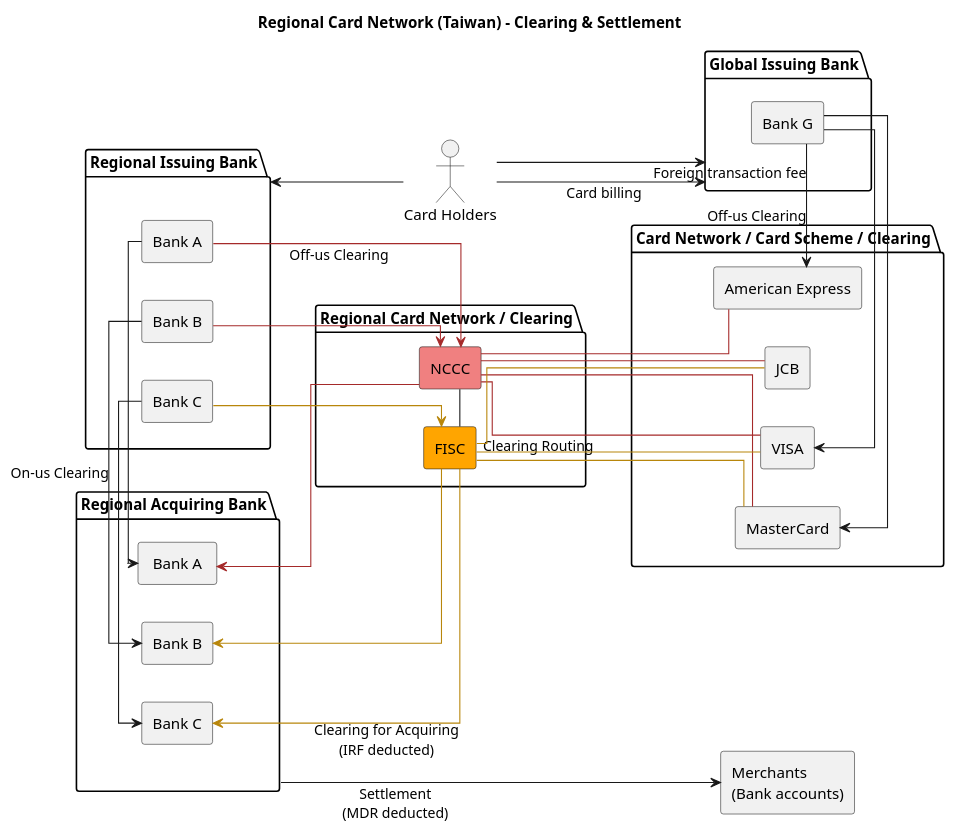
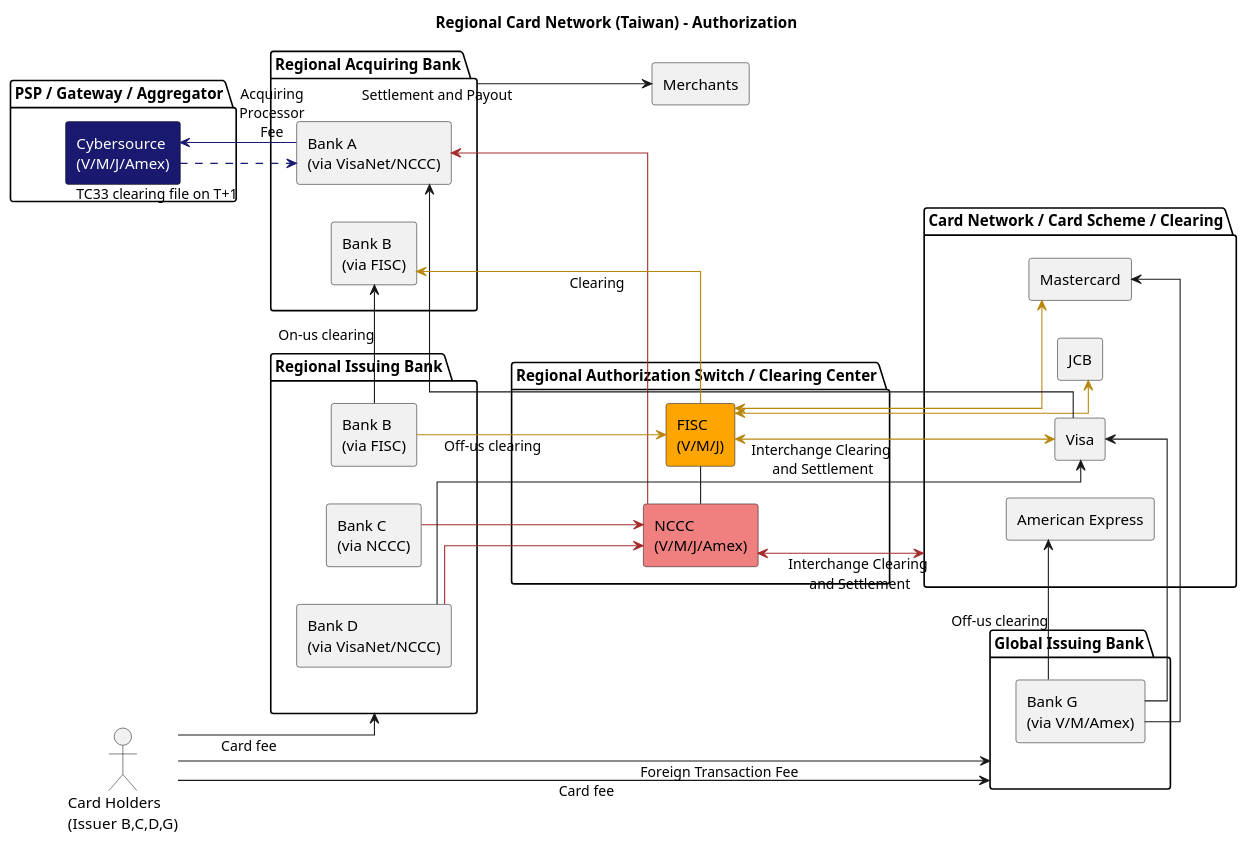
Before and after one commit to yidas/web-service-architectures: the diagram in payment/local-card-services-clearing.plantuml, drawn with PlantUML.

```diff
--- a/payment/local-card-services-clearing.plantuml
+++ b/payment/local-card-services-clearing.plantuml
@@ -1,63 +1,69 @@
 @startuml
 skinparam linetype polyline
 skinparam linetype ortho
 left to right direction
 
-title "Regional Card Network (Taiwan) - Clearing & Settlement"
+title "Regional Card Network (Taiwan) - Authorization"
 
-actor "Card Holders" as user
-agent "Merchants \n(Bank accounts)" as merchant
+actor "Card Holders \n(Issuer B,C,D,G)" as user
+agent "Merchants" as merchant
 package "Card Network / Card Scheme / Clearing" as ccnet {
-  agent "VISA" as visa
-  agent "MasterCard" as mc
+  agent "Visa" as visa
+  agent "Mastercard" as mc
   agent "JCB" as jcb
   agent "American Express" as axp
 }
-package "Regional Card Network / Clearing" as ccnet_local {
-  agent "NCCC" as nccc #lightcoral
-  agent "FISC" as fisc #orange
+package "Regional Authorization Switch / Clearing Center" as ccnet_local {
+  agent "NCCC \n(V/M/J/Amex)" as nccc #lightcoral
+  agent "FISC \n(V/M/J)" as fisc #orange
 }
 package "Global Issuing Bank" as issuer_global {
-  agent "Bank G" as issuer_global_a
+  agent "Bank G \n(via V/M/Amex)" as issuer_global_a
 }
 package "Regional Issuing Bank" as issuer_local {
-  agent "Bank A" as issuer_a
-  agent "Bank C" as issuer_b
-  agent "Bank B" as issuer_c
+  agent "Bank B \n(via FISC)" as issuer_b
+  agent "Bank C \n(via NCCC)" as issuer_c
+  agent "Bank D \n(via VisaNet/NCCC)" as issuer_d
 }
 package "Regional Acquiring Bank" as acquirer_local {
-  agent " Bank A " as acquirer_a
-  agent "Bank C" as acquirer_b
-  agent "Bank B" as acquirer_c
+  agent "Bank A \n(via VisaNet/NCCC)" as acquirer_a
+  agent "Bank B \n(via FISC)" as acquirer_b
+}
+package "PSP / Gateway / Aggregator" as aggregator_group {
+  agent "<color:white>Cybersource \n<color:white>(V/M/J/Amex)" as aggregator_cybs #midnightBlue
+  ' agent "<color:white>Checkout.com" as aggregator_cko #blue
 }
 
+
+merchant <-up- acquirer_local: Settlement and Payout
+
 nccc - fisc
-nccc --[#brown] visa: Clearing Routing
-nccc --[#brown] mc
-nccc --[#brown] jcb
-nccc --[#brown] axp
-fisc --[#darkGoldenRod] visa
-fisc --[#darkGoldenRod] mc
-fisc -[#darkGoldenRod] jcb
 
-issuer_a --[#brown]> nccc: Off-us Clearing
-acquirer_a <--[#brown] nccc
-issuer_b --[#darkGoldenRod]> fisc
-acquirer_b <--[#darkGoldenRod] fisc: Clearing for Acquiring\n(IRF deducted)
+nccc <--[#brown]> ccnet: Interchange Clearing \nand Settlement
+fisc <--[#darkGoldenRod]> visa: Interchange Clearing \nand Settlement
+fisc <--[#darkGoldenRod]> mc
+fisc <-[#darkGoldenRod]> jcb
+
+acquirer_a <-[#brown] nccc
+acquirer_a <- visa
+acquirer_b <-[#darkGoldenRod] fisc: Clearing
+
+issuer_b --[#darkGoldenRod]> fisc: Off-us clearing
 issuer_c --[#brown]> nccc
-acquirer_c <--[#darkGoldenRod] fisc
+issuer_d --[#brown]> nccc
+issuer_d --> visa
 
-issuer_a -> acquirer_a
-issuer_b -> acquirer_b
-issuer_c -> acquirer_c: On-us Clearing
+acquirer_b <- issuer_b: On-us clearing
+
+aggregator_cybs <-- acquirer_a #midnightBlue: Acquiring\nProcessor\nFee
+aggregator_cybs .> acquirer_a #midnightBlue: \nTC33 clearing file on T+1
 
 issuer_global_a -right-> visa
 issuer_global_a -right-> mc
-issuer_global_a -right-> axp: Off-us Clearing
+issuer_global_a -right-> axp: Off-us clearing
 
-acquirer_local ---> merchant: Settlement\n(MDR deducted)
 
-user -down-> issuer_global: Card billing
-user -down-> issuer_global: Foreign transaction fee 
-user -up-> issuer_local
+user --> issuer_local: Card fee　
+user --> issuer_global: Card fee　
+user --> issuer_global: Foreign Transaction Fee
 @enduml
```
